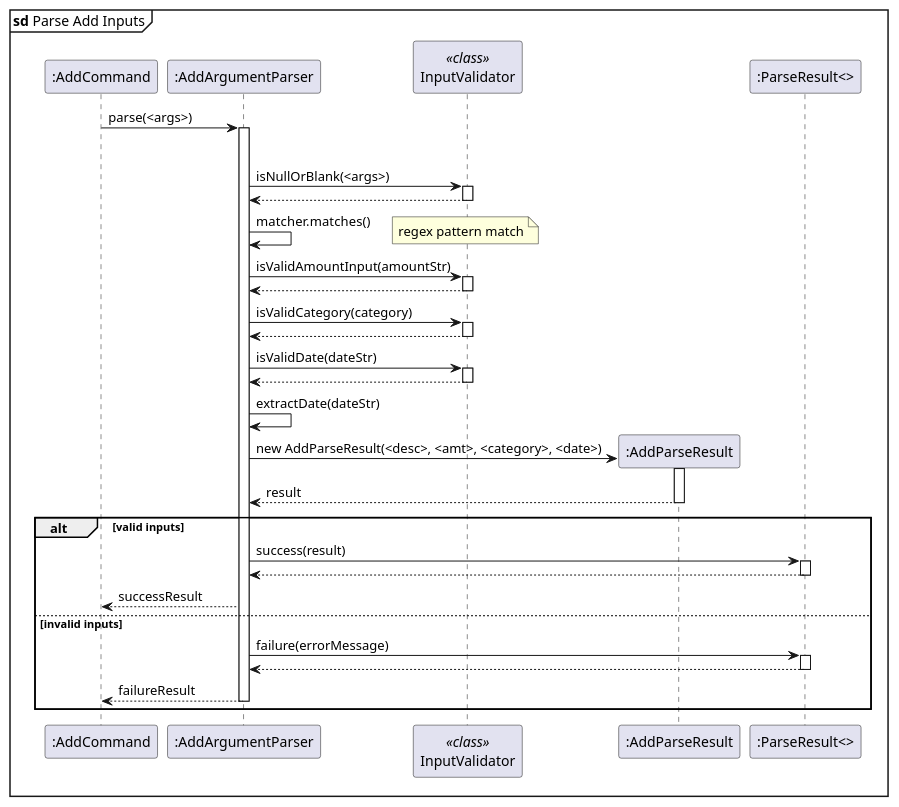
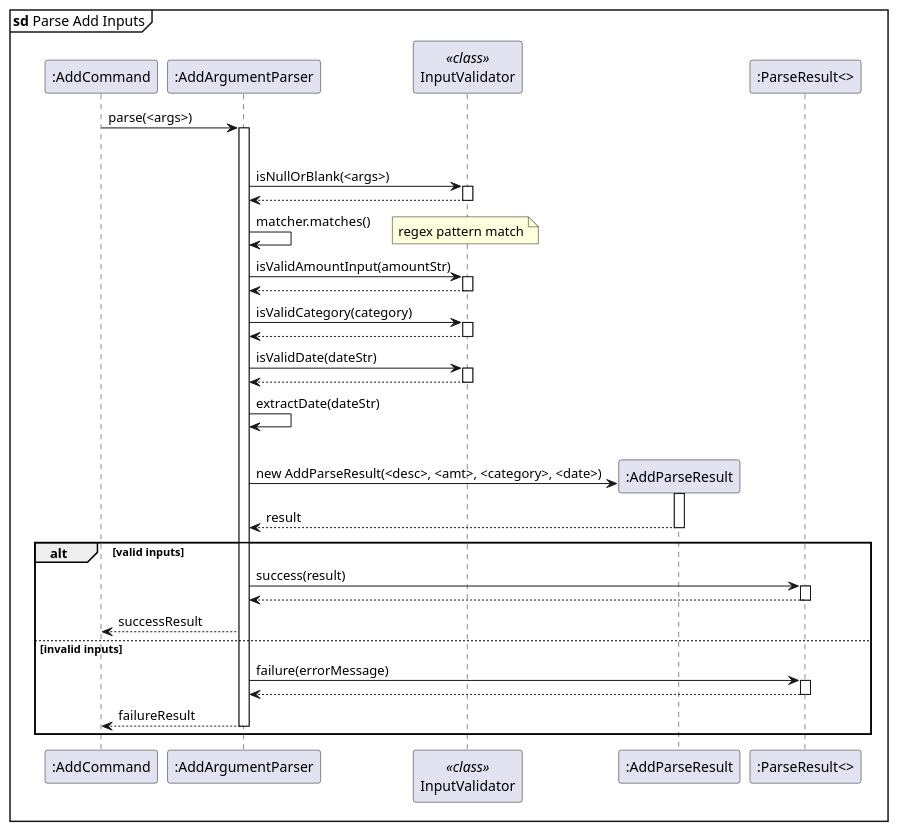
The diagram in docs/diagrams/sequence/add_parse.puml (randust/tp), drawn with PlantUML before and after one commit. The commit also changed 10 other files, not shown here.

Commit message:
minor cosmetic edits to sequence diagrams

```diff
--- a/docs/diagrams/sequence/add_parse.puml
+++ b/docs/diagrams/sequence/add_parse.puml
@@ -1,67 +1,68 @@
 @startuml add_parse
 
 mainframe **sd** Parse Add Inputs
 
 participant ":AddCommand" as AC
 participant ":AddArgumentParser" as parser
 participant "InputValidator" as validator <<class>>
 
 AC -> parser: parse(<args>)
 activate parser
 
 alt valid inputs
 parser -> validator: isNullOrBlank(<args>)
 activate validator
 validator --> parser:
 deactivate validator
 
 parser -> parser: matcher.matches()
 note right: regex pattern match
 
     parser -> validator: isValidAmountInput(amountStr)
     activate validator
     validator --> parser
     deactivate validator
 
     parser -> validator: isValidCategory(category)
     activate validator
     validator --> parser:
     deactivate validator
 
     parser -> validator: isValidDate(dateStr)
     activate validator
     validator --> parser:
     deactivate validator
 
     parser -> parser: extractDate(dateStr)
 
+    |||
     create ":AddParseResult" as APR
     parser -> APR: new AddParseResult(<desc>, <amt>, <category>, <date>)
     activate APR
     APR --> parser: result
     deactivate APR
     participant ":ParseResult<>" as PR
 
 alt valid inputs
     parser -> PR: success(result)
     activate PR
     PR --> parser:
     deactivate PR
 
     parser --> AC: successResult
 
 else invalid inputs
 
     parser -> PR: failure(errorMessage)
     activate PR
     PR --> parser:
     deactivate PR
 
     parser --> AC: failureResult
     deactivate parser
 
 end
 
 deactivate parser
 
 @enduml
```
